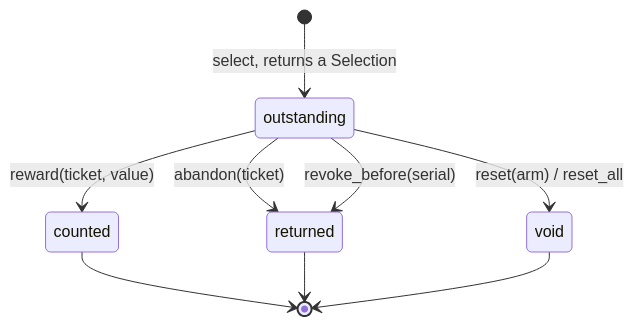
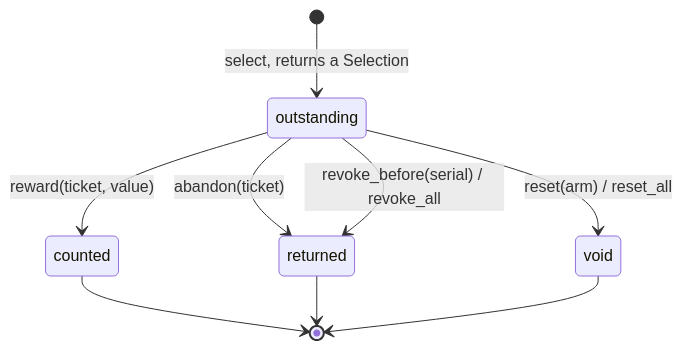
One commit to seuros/bandit_machines changed the first of 2 diagrams in README.md. Above: the diagram before and after it, drawn with Mermaid. The commit also changed other lines of this file and 16 other files, not shown here.

First line of the commit message:
feat!: scope ticket serials through periscope-machines, add Bandit::resumed, issued and revoke_all

````diff
--- a/README.md
+++ b/README.md
@@ -66,11 +66,11 @@
 ```mermaid
 stateDiagram-v2
     [*] --> outstanding: select, returns a Selection
     outstanding --> counted: reward(ticket, value)
     outstanding --> returned: abandon(ticket)
-    outstanding --> returned: revoke_before(serial)
+    outstanding --> returned: revoke_before(serial) / revoke_all
     outstanding --> void: reset(arm) / reset_all
     counted --> [*]
     returned --> [*]
     void --> [*]
 ```
````
